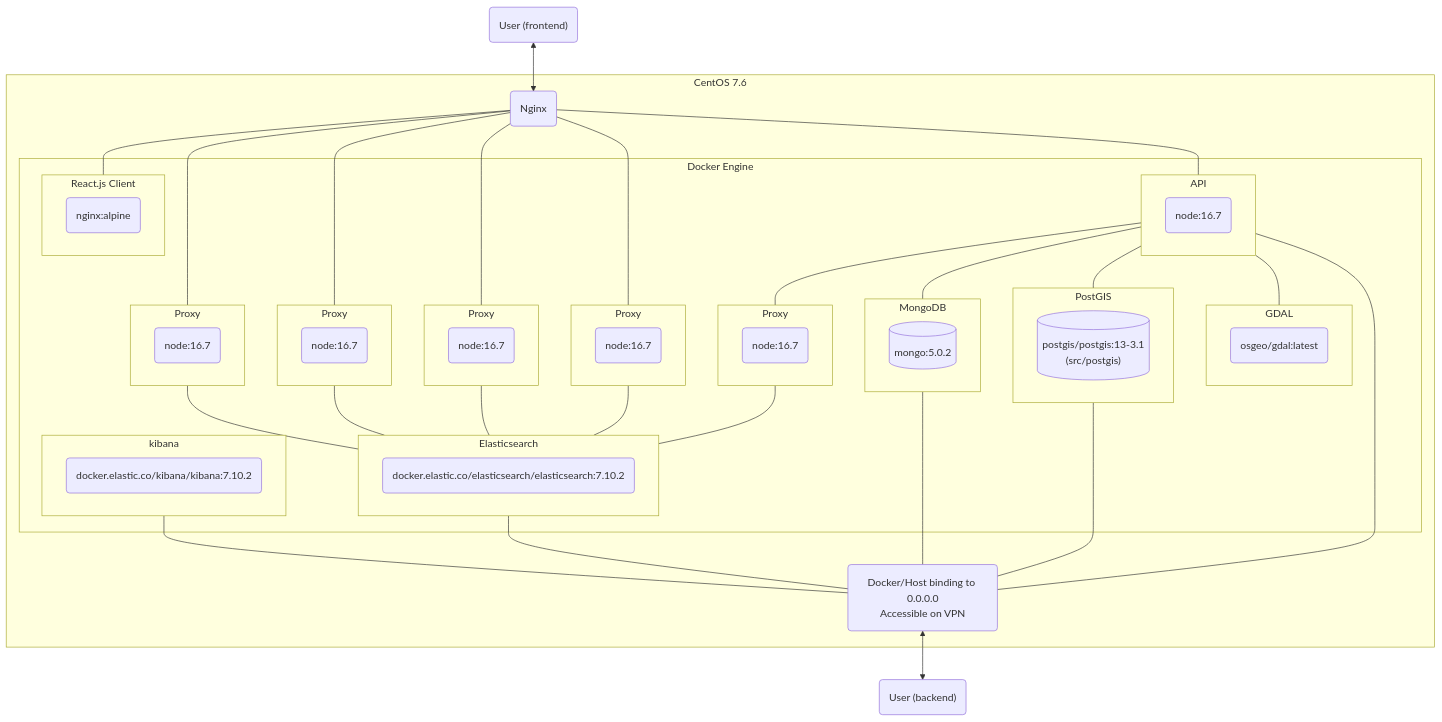
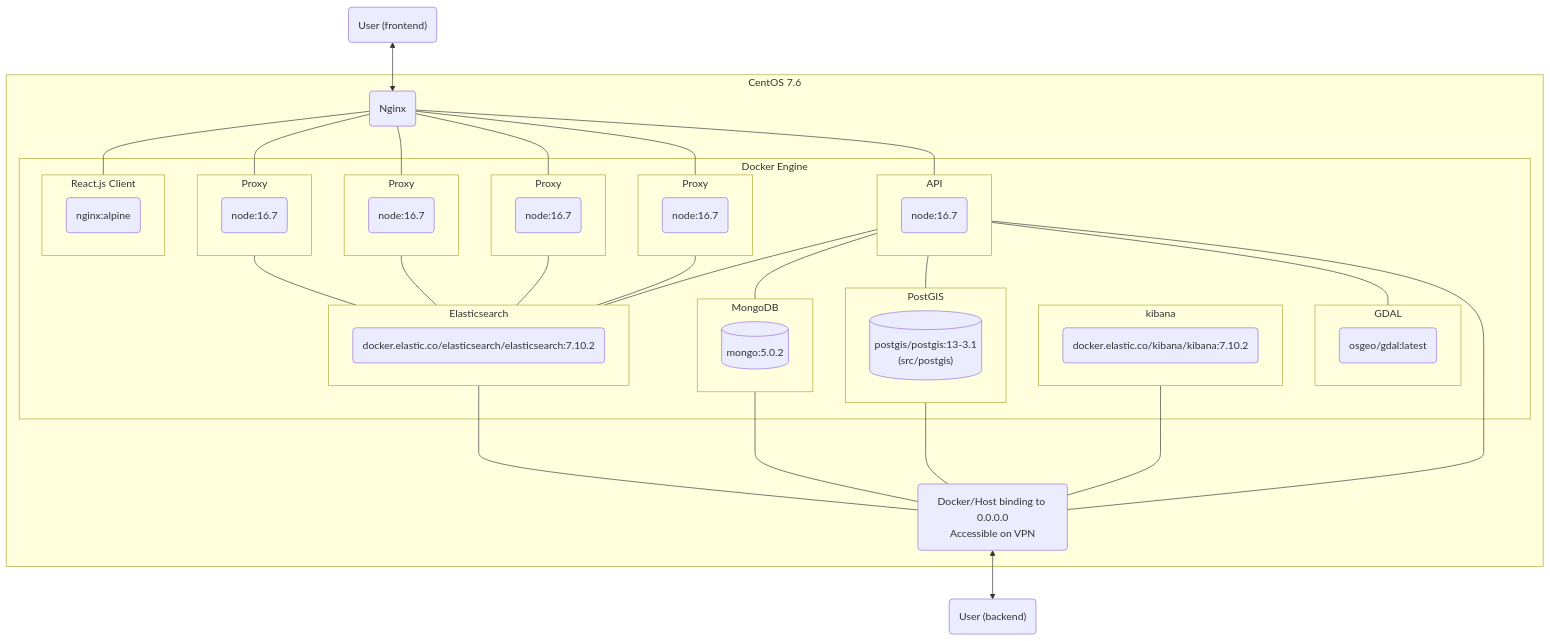
One commit to SAEON/data-portal changed the diagram in diagrams/src/deployment-view.mmd. Above: the diagram before and after it, drawn with Mermaid. The commit also changed 13 other files, not shown here.

Commit message:
Refactored catalogue queries to use the official elasticsearch nodee client, Removing the proxy layer between the api and the catalogue

```diff
--- a/diagrams/src/deployment-view.mmd
+++ b/diagrams/src/deployment-view.mmd
@@ -1,78 +1,74 @@
 flowchart TD
 
     User("User (frontend)") <--> nginx
 
     %% CentOS boundary
     subgraph CentOS_boundary ["CentOS 7.6"]
 
         nginx(Nginx)
         nginx --- client_container
+        nginx --- proxy_container_1
         nginx --- proxy_container_2
         nginx --- proxy_container_3
         nginx --- proxy_container_4
-        nginx --- proxy_container_5
+        proxy_container_1 --- es_container
         proxy_container_2 --- es_container
         proxy_container_3 --- es_container
         proxy_container_4 --- es_container
-        proxy_container_5 --- es_container
         nginx --- api_container
 
         %% Docker Engine boundary
         subgraph Docker_boundary ["Docker Engine"]
 
             %% Docker container boundaries
             subgraph client_container [React.js Client]
                 client("nginx:alpine")
             end
             subgraph api_container [API]
                 api("node:16.7")
             end
             subgraph proxy_container_1 [Proxy]
-                ClientProxy1("node:16.7")
+                ClientProxy2("node:16.7")
             end     
             subgraph proxy_container_2 [Proxy]
-                ClientProxy2("node:16.7")
-            end     
-            subgraph proxy_container_3 [Proxy]
                 ClientProxy3("node:16.7")
             end    
-            subgraph proxy_container_4 [Proxy]
+            subgraph proxy_container_3 [Proxy]
                 ClientProxy4("node:16.7")
             end
-            subgraph proxy_container_5 [Proxy]
+            subgraph proxy_container_4 [Proxy]
                 ApiProxy("node:16.7")
             end
             subgraph es_container ["Elasticsearch"]
                 Elasticsearch(docker.elastic.co/elasticsearch/elasticsearch:7.10.2)
             end
             subgraph kibana_container[kibana]
                 Kibana("docker.elastic.co/kibana/kibana:7.10.2")
             end
             subgraph mongo_container [MongoDB]
                 Mongo[("mongo:5.0.2")]
             end    
             subgraph postgis_container [PostGIS]
                 PostGIS[("postgis/postgis:13-3.1<br />(src/postgis)")]
             end
             subgraph gdal_container [GDAL]
                 GDAL("osgeo/gdal:latest")
             end
 
             %% Topology
-            api_container --- proxy_container_1
-            proxy_container_1 --- es_container
+            api_container --- es_container
             api_container --- mongo_container
             api_container --- postgis_container
             api_container --- gdal_container
 
         end
             
         docker_interface("Docker/Host binding to 0.0.0.0<br />Accessible on VPN")
         api_container --- docker_interface
         mongo_container ---- docker_interface
         postgis_container ---- docker_interface
         es_container --- docker_interface
         kibana_container --- docker_interface
     end
 
     docker_interface <--> User2("User (backend)")
```
